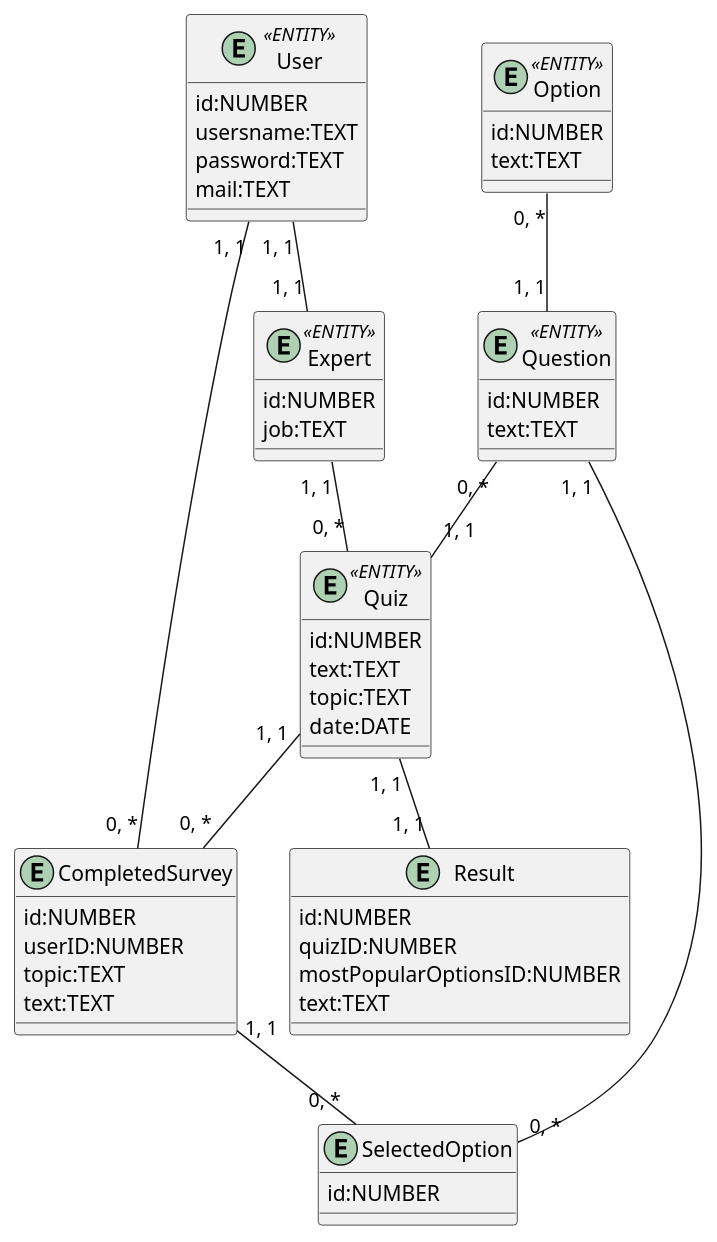
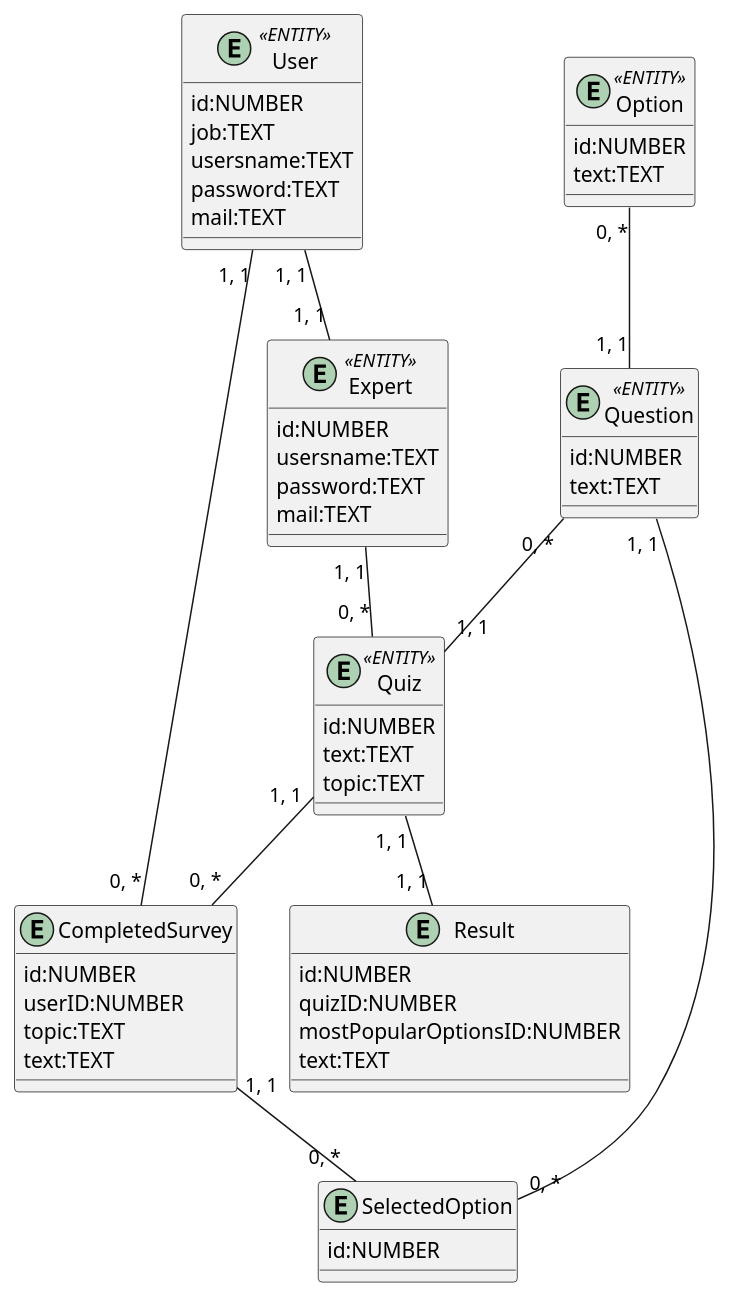
One commit to vladriabyi/QSystem changed the diagram in docs/design/README.md. Above: the diagram before and after it, drawn with PlantUML.

```diff
--- a/docs/design/README.md
+++ b/docs/design/README.md
@@ -10,51 +10,53 @@
 @startuml
   entity User <<ENTITY>> {
     id:NUMBER
+    job:TEXT
     usersname:TEXT
     password:TEXT
     mail:TEXT
   }
   entity Expert <<ENTITY>>{
     id:NUMBER
-    job:TEXT
+    usersname:TEXT
+    password:TEXT
+    mail:TEXT
   }
   entity Quiz <<ENTITY>>{
     id:NUMBER
     text:TEXT
     topic:TEXT
-    date:DATE
   }
   entity Question <<ENTITY>>{
     id:NUMBER
     text:TEXT
   }
   entity Option <<ENTITY>>{
-		id:NUMBER
-    text:TEXT    
-	}
+    id:NUMBER
+    text:TEXT
+  }
   entity SelectedOption {
-		id:NUMBER
+    id:NUMBER
   }
   entity CompletedSurvey {
-		id:NUMBER
+    id:NUMBER
     userID:NUMBER
     topic:TEXT
     text:TEXT
   }
   entity Result {
-		id:NUMBER
+    id:NUMBER
     quizID:NUMBER
     mostPopularOptionsID:NUMBER
     text:TEXT
   }
 
   Question "1, 1"-u- "0, *" Option
   Quiz "1, 1" -u- "0, *" Question
   Quiz "0, *" -u- "1, 1" Expert
   Result "1, 1" -u- "1, 1" Quiz
   Expert "1, 1" -u- "1, 1" User
   SelectedOption "0, *" -u- "1, 1" Question
   SelectedOption "0, *" -u- "1, 1" CompletedSurvey
   CompletedSurvey "0, *" -u- "1, 1" Quiz
   CompletedSurvey "0, *" -u- "1, 1" User
 @enduml
```
